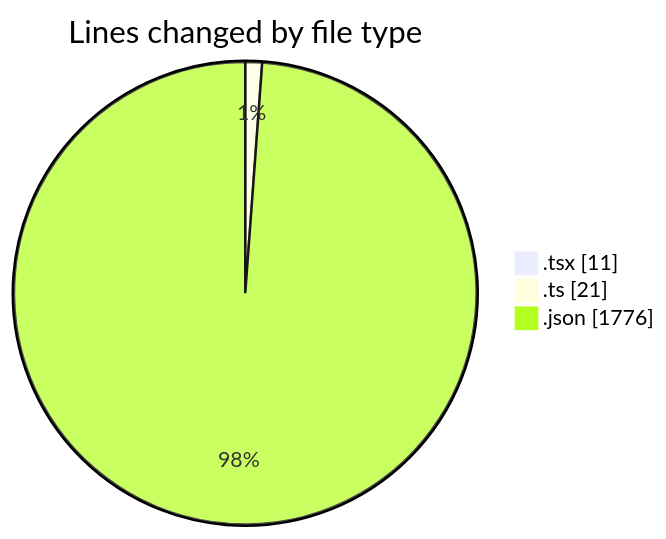
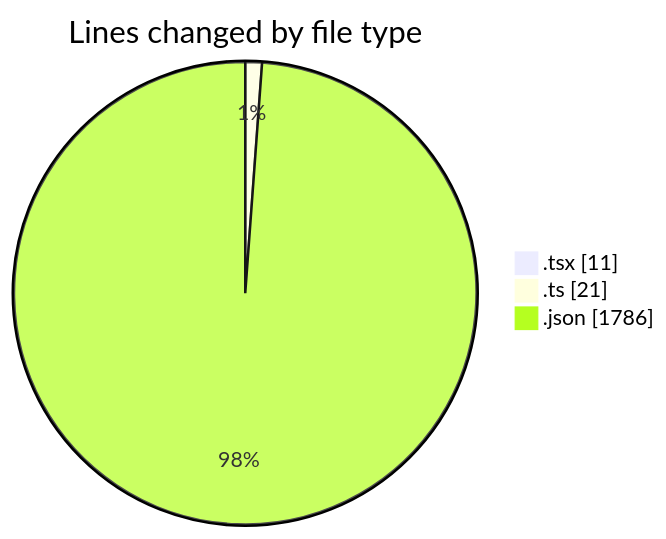
The first of 2 diagrams in 2025-07-29/ani/README.md (EIIisD/code-tracking), drawn with Mermaid before and after one commit. The commit also changed other lines of this file and 1 other file, not shown here.

````diff
--- a/2025-07-29/ani/README.md
+++ b/2025-07-29/ani/README.md
@@ -22,7 +22,7 @@
 ```mermaid
 pie showData
 title Lines changed by file type
 ".tsx" : 11
 ".ts" : 21
-".json" : 1776
+".json" : 1786
 ```
````
